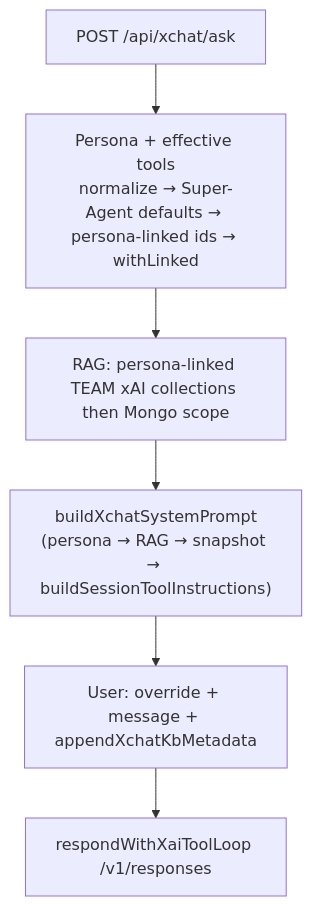
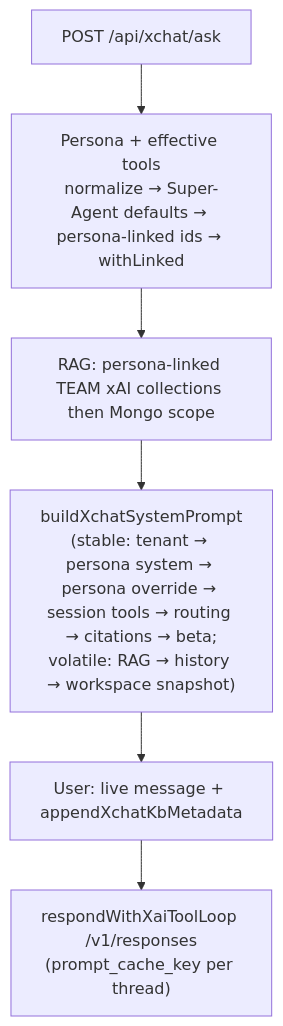
One commit to devsecopstx/atx-trusted-advisor changed the diagram in atx-docs/xchat/xchat-tools-guide.md. Above: the diagram before and after it, drawn with Mermaid. The commit also changed other lines of this file and 11 other files, not shown here.

````diff
--- a/atx-docs/xchat/xchat-tools-guide.md
+++ b/atx-docs/xchat/xchat-tools-guide.md
@@ -15,8 +15,8 @@
 ```mermaid
 flowchart TD
   A["POST /api/xchat/ask"] --> B["Persona + effective tools\nnormalize → Super-Agent defaults → persona-linked ids → withLinked"]
   B --> C["RAG: persona-linked TEAM xAI collections then Mongo scope"]
-  C --> D["buildXchatSystemPrompt\n(persona → RAG → snapshot → buildSessionToolInstructions)"]
-  D --> E["User: override + message + appendXchatKbMetadata"]
-  E --> F["respondWithXaiToolLoop /v1/responses"]
+  C --> D["buildXchatSystemPrompt\n(stable: tenant → persona system → persona override → session tools → routing → citations → beta;\nvolatile: RAG → history → workspace snapshot)"]
+  D --> E["User: live message + appendXchatKbMetadata"]
+  E --> F["respondWithXaiToolLoop /v1/responses\n(prompt_cache_key per thread)"]
 ```
````
